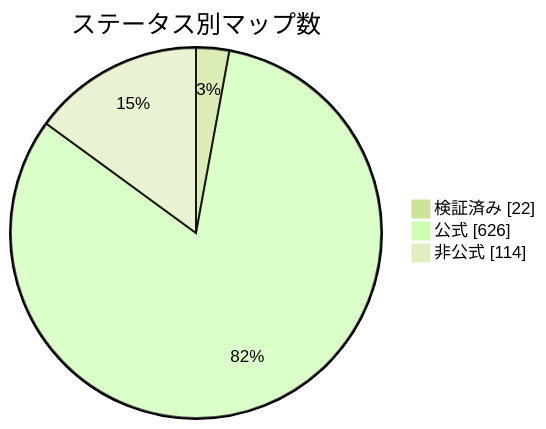
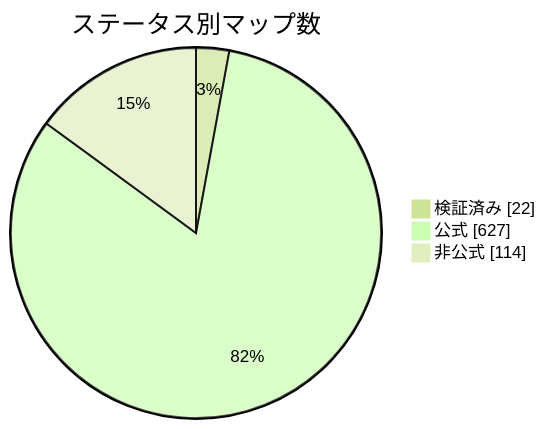
One commit to nobrega8/mbmap-library changed the diagram in docs/readme/README_JP.md. Above: the diagram before and after it, drawn with Mermaid (forest theme). The commit also changed 6 other files, not shown here.

````diff
--- a/docs/readme/README_JP.md
+++ b/docs/readme/README_JP.md
@@ -54,7 +54,7 @@
 ```mermaid
 pie showData
     title ステータス別マップ数
     "検証済み" : 22
-    "公式" : 626
+    "公式" : 627
     "非公式" : 114
 ```
````
